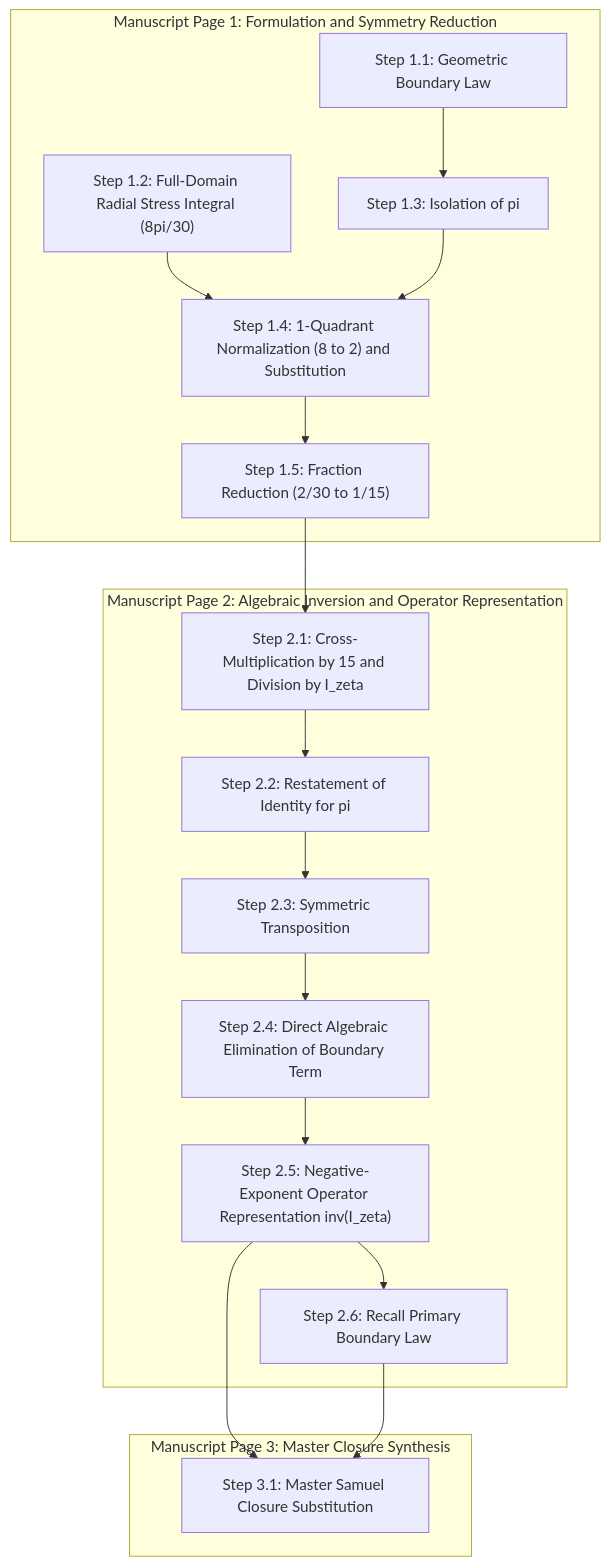
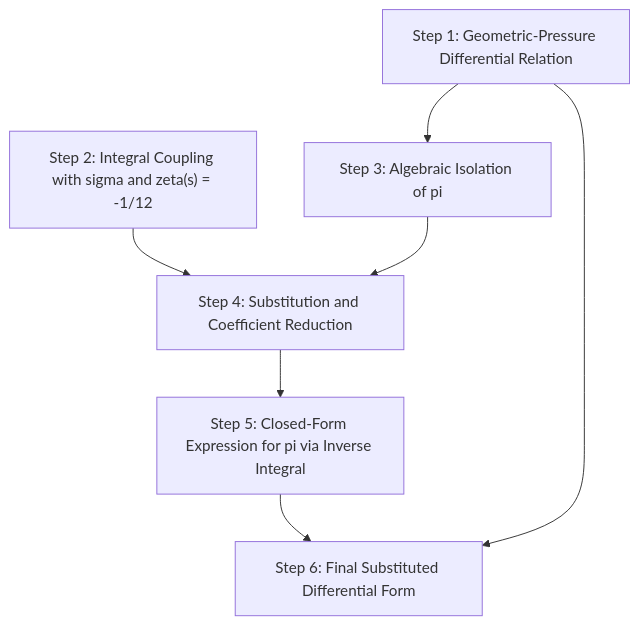
One commit to SamuelPurba/Samuel-Navier-Stocks-Equation-Solution changed the first of 3 diagrams in README.md. Above: the diagram before and after it, drawn with Mermaid. The commit also changed other lines of this file and 2 other files, not shown here.

````diff
--- a/README.md
+++ b/README.md
@@ -349,23 +172,9 @@
 ```mermaid
 flowchart TD
-    subgraph P1["Manuscript Page 1: Formulation and Symmetry Reduction"]
-        S1["Step 1.1: Geometric Boundary Law"] --> S3["Step 1.3: Isolation of pi"]
-        S2["Step 1.2: Full-Domain Radial Stress Integral (8pi/30)"] --> S4["Step 1.4: 1-Quadrant Normalization (8 to 2) and Substitution"]
-        S3 --> S4
-        S4 --> S5["Step 1.5: Fraction Reduction (2/30 to 1/15)"]
-    end
-
-    subgraph P2["Manuscript Page 2: Algebraic Inversion and Operator Representation"]
-        S5 --> S6["Step 2.1: Cross-Multiplication by 15 and Division by I_zeta"]
-        S6 --> S7["Step 2.2: Restatement of Identity for pi"]
-        S7 --> S8["Step 2.3: Symmetric Transposition"]
-        S8 --> S9["Step 2.4: Direct Algebraic Elimination of Boundary Term"]
-        S9 --> S10["Step 2.5: Negative-Exponent Operator Representation inv(I_zeta)"]
-        S10 --> S11["Step 2.6: Recall Primary Boundary Law"]
-    end
-
-    subgraph P3["Manuscript Page 3: Master Closure Synthesis"]
-        S10 --> S12["Step 3.1: Master Samuel Closure Substitution"]
-        S11 --> S12
-    end
+    S1["Step 1: Geometric-Pressure Differential Relation"] --> S3["Step 3: Algebraic Isolation of pi"]
+    S2["Step 2: Integral Coupling with sigma and zeta(s) = -1/12"] --> S4["Step 4: Substitution and Coefficient Reduction"]
+    S3 --> S4
+    S4 --> S5["Step 5: Closed-Form Expression for pi via Inverse Integral"]
+    S5 --> S6["Step 6: Final Substituted Differential Form"]
+    S1 --> S6
 ```
````
